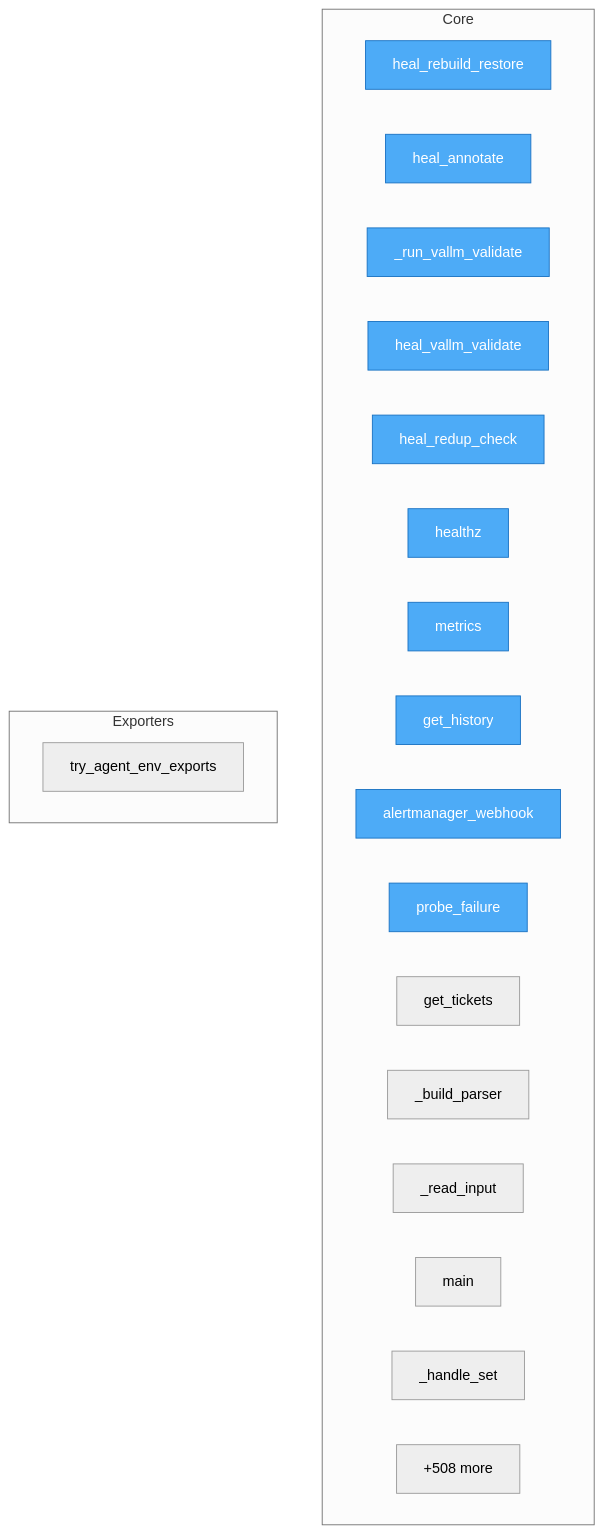
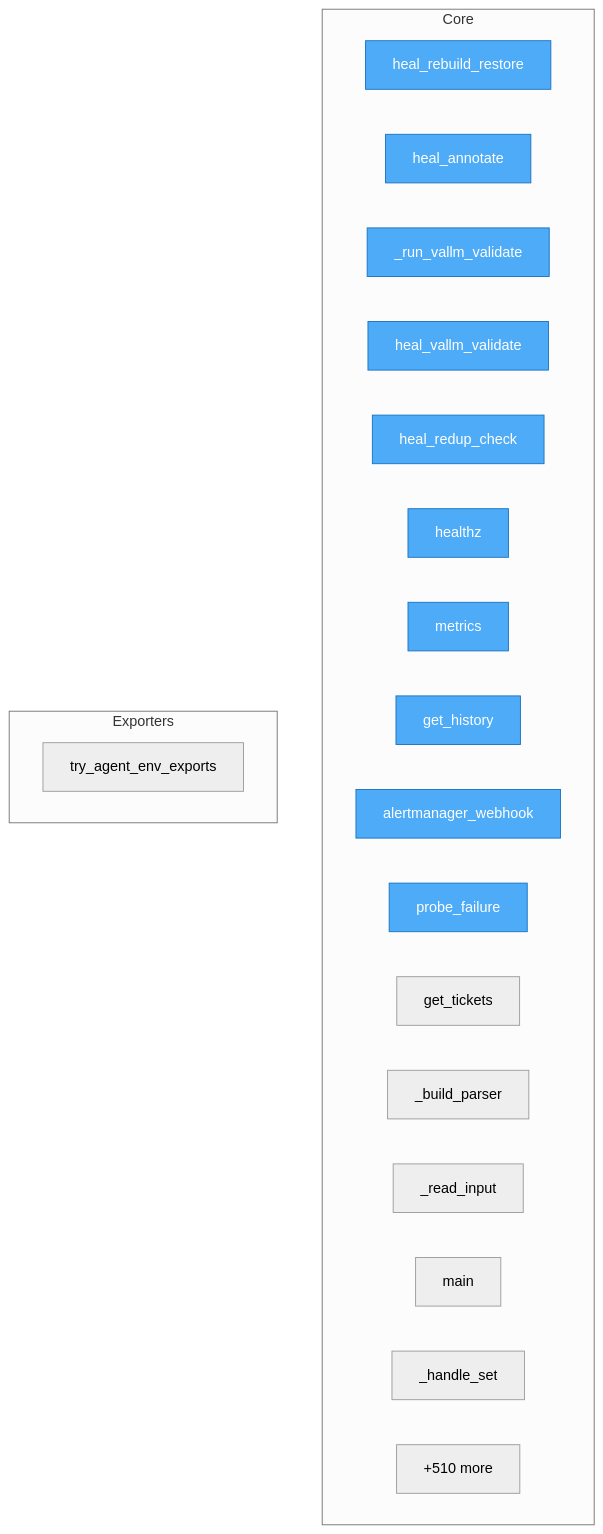
Before and after one commit to semcod/koru: the diagram in project/flow.mmd, drawn with Mermaid (neutral theme). The commit also changed 34 other files, not shown here.

```diff
--- a/project/flow.mmd
+++ b/project/flow.mmd
@@ -1,30 +1,30 @@
 flowchart TD
-%% generated in 0.05s
+%% generated in 0.04s
 
     %% Entry points (blue)
     classDef entry fill:#4dabf7,stroke:#1971c2,color:#fff
 
     subgraph Core
         services__healing_webhook__app__heal_rebuild_restore["heal_rebuild_restore"]
         services__healing_webhook__app__heal_annotate["heal_annotate"]
         services__healing_webhook__app___run_vallm_validate["_run_vallm_validate"]
         services__healing_webhook__app__heal_vallm_validate["heal_vallm_validate"]
         services__healing_webhook__app__heal_redup_check["heal_redup_check"]
         services__healing_webhook__app__healthz["healthz"]
         services__healing_webhook__app__metrics["metrics"]
         services__healing_webhook__app__get_history["get_history"]
         services__healing_webhook__app__alertmanager_webhook["alertmanager_webhook"]
         services__healing_webhook__app__probe_failure["probe_failure"]
         services__healing_webhook__app__get_tickets["get_tickets"]
         src__korudsl__cli___build_parser["_build_parser"]
         src__korudsl__cli___read_input["_read_input"]
         src__korudsl__cli__main["main"]
         src__korudsl__library___handle_set["_handle_set"]
-        ...["+508 more"]
+        ...["+510 more"]
     end
 
     subgraph Exporters
         src__koru__agent_cli_helpers__try_agent_env_exports["try_agent_env_exports"]
     end
 
     class services__healing_webhook__app__heal_rebuild_restore,services__healing_webhook__app__heal_annotate,services__healing_webhook__app___run_vallm_validate,services__healing_webhook__app__heal_vallm_validate,services__healing_webhook__app__heal_redup_check,services__healing_webhook__app__healthz,services__healing_webhook__app__metrics,services__healing_webhook__app__get_history,services__healing_webhook__app__alertmanager_webhook,services__healing_webhook__app__probe_failure entry
```
